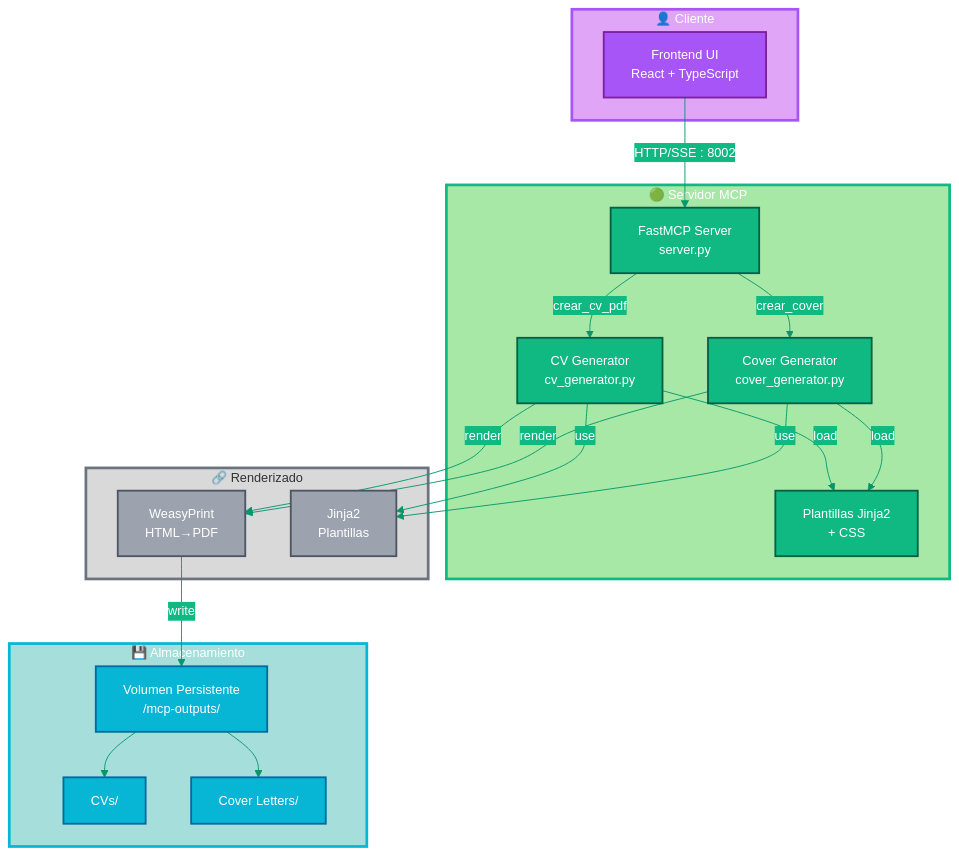
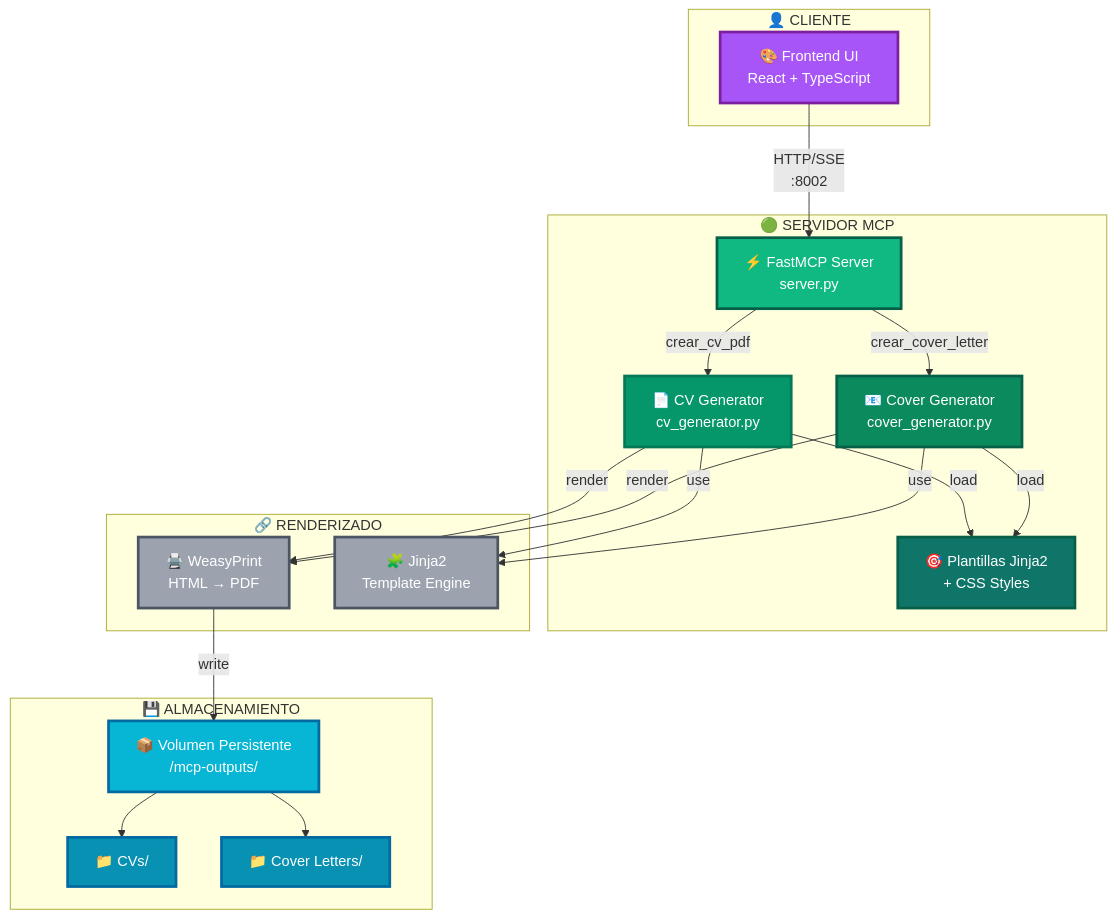
The first of 3 diagrams in docs/ARCHITECTURE.md (cjhirashi/cjhirashi-career), drawn with Mermaid before and after one commit. The commit also changed 2 other files, not shown here.

First paragraph of the commit message:
fix: Rebuild Mermaid diagrams with solid color gradients for better visibility
Replace problematic gradient syntax with solid colors that create visual depth
progression from light to dark, making data flow and architecture clearly visible.

````diff
--- a/docs/ARCHITECTURE.md
+++ b/docs/ARCHITECTURE.md
@@ -7,71 +7,55 @@
 ```mermaid
-%%{init: {
-  'theme': 'base',
-  'themeVariables': {
-    'primaryColor': '#A855F7',
-    'primaryTextColor': '#ffffff',
-    'primaryBorderColor': '#9333EA',
-    'secondaryColor': '#10B981',
-    'secondaryBorderColor': '#059669',
-    'tertiaryColor': '#06B6D4',
-    'tertiaryBorderColor': '#0891B2',
-    'lineColor': '#059669',
-    'fontSize': '14px',
-    'fontFamily': 'Inter, sans-serif'
-  }
-}}%%
-
 graph TB
-  subgraph client["👤 Cliente"]
-    UI["Frontend UI<br/>React + TypeScript"]
+  subgraph client["👤 CLIENTE"]
+    UI["🎨 Frontend UI<br/>React + TypeScript"]
   end
 
-  subgraph server["🟢 Servidor MCP"]
-    FASTMCP["FastMCP Server<br/>server.py"]
-    CV_GEN["CV Generator<br/>cv_generator.py"]
-    COVER_GEN["Cover Generator<br/>cover_generator.py"]
-    TEMPLATES["Plantillas Jinja2<br/>+ CSS"]
+  subgraph server["🟢 SERVIDOR MCP"]
+    FASTMCP["⚡ FastMCP Server<br/>server.py"]
+    CV_GEN["📄 CV Generator<br/>cv_generator.py"]
+    COVER_GEN["📧 Cover Generator<br/>cover_generator.py"]
+    TEMPLATES["🎯 Plantillas Jinja2<br/>+ CSS Styles"]
   end
 
-  subgraph storage["💾 Almacenamiento"]
-    PDF_OUTPUT["Volumen Persistente<br/>/mcp-outputs/"]
-    CV_DIR["CVs/"]
-    COVER_DIR["Cover Letters/"]
+  subgraph storage["💾 ALMACENAMIENTO"]
+    PDF_OUTPUT["📦 Volumen Persistente<br/>/mcp-outputs/"]
+    CV_DIR["📁 CVs/"]
+    COVER_DIR["📁 Cover Letters/"]
   end
 
-  subgraph external["🔗 Renderizado"]
-    WEASYPRINT["WeasyPrint<br/>HTML→PDF"]
-    JINJA["Jinja2<br/>Plantillas"]
+  subgraph external["🔗 RENDERIZADO"]
+    WEASYPRINT["🖨️ WeasyPrint<br/>HTML → PDF"]
+    JINJA["🧩 Jinja2<br/>Template Engine"]
   end
 
-  UI -->|"HTTP/SSE : 8002"| FASTMCP
-  FASTMCP -->|"crear_cv_pdf"| CV_GEN
-  FASTMCP -->|"crear_cover"| COVER_GEN
-  CV_GEN -->|"load"| TEMPLATES
-  COVER_GEN -->|"load"| TEMPLATES
-  CV_GEN -->|"render"| WEASYPRINT
-  COVER_GEN -->|"render"| WEASYPRINT
-  WEASYPRINT -->|"write"| PDF_OUTPUT
+  UI -->|HTTP/SSE<br/>:8002| FASTMCP
+  FASTMCP -->|crear_cv_pdf| CV_GEN
+  FASTMCP -->|crear_cover_letter| COVER_GEN
+  CV_GEN -->|load| TEMPLATES
+  COVER_GEN -->|load| TEMPLATES
+  CV_GEN -->|render| WEASYPRINT
+  COVER_GEN -->|render| WEASYPRINT
+  WEASYPRINT -->|write| PDF_OUTPUT
   PDF_OUTPUT --> CV_DIR
   PDF_OUTPUT --> COVER_DIR
-  CV_GEN -->|"use"| JINJA
-  COVER_GEN -->|"use"| JINJA
+  CV_GEN -->|use| JINJA
+  COVER_GEN -->|use| JINJA
 
-  classDef clientBg fill:#E0A5F7,stroke:#A855F7,stroke-width:3px,color:#fff
-  classDef clientNode fill:#A855F7,stroke:#7C1FA1,stroke-width:2px,color:#fff
-  classDef serverBg fill:#A7E8A7,stroke:#10B981,stroke-width:3px,color:#fff
-  classDef serverNode fill:#10B981,stroke:#065F46,stroke-width:2px,color:#fff
-  classDef storageBg fill:#A5DEDA,stroke:#06B6D4,stroke-width:3px,color:#fff
-  classDef storageNode fill:#06B6D4,stroke:#0369A1,stroke-width:2px,color:#fff
-  classDef externalBg fill:#D9D9D9,stroke:#6B7280,stroke-width:3px,color:#333
-  classDef externalNode fill:#9CA3AF,stroke:#4B5563,stroke-width:2px,color:#fff
+  %% Estilos - Morado (Cliente)
+  style UI fill:#A855F7,stroke:#7C1FA1,stroke-width:3px,color:#fff
 
-  class client clientBg
-  class UI clientNode
-  class server serverBg
-  class FASTMCP,CV_GEN,COVER_GEN,TEMPLATES serverNode
-  class storage storageBg
-  class PDF_OUTPUT,CV_DIR,COVER_DIR storageNode
-  class external externalBg
-  class WEASYPRINT,JINJA externalNode
+  %% Estilos - Verde (Servidor - gradiente oscuro)
+  style FASTMCP fill:#10B981,stroke:#065F46,stroke-width:3px,color:#fff
+  style CV_GEN fill:#059669,stroke:#047857,stroke-width:3px,color:#fff
+  style COVER_GEN fill:#0B8A5E,stroke:#065F46,stroke-width:3px,color:#fff
+  style TEMPLATES fill:#107569,stroke:#065F46,stroke-width:3px,color:#fff
+
+  %% Estilos - Cyan (Almacenamiento)
+  style PDF_OUTPUT fill:#06B6D4,stroke:#0369A1,stroke-width:3px,color:#fff
+  style CV_DIR fill:#0891B2,stroke:#0369A1,stroke-width:3px,color:#fff
+  style COVER_DIR fill:#0891B2,stroke:#0369A1,stroke-width:3px,color:#fff
+
+  %% Estilos - Gris (Dependencias)
+  style WEASYPRINT fill:#9CA3AF,stroke:#4B5563,stroke-width:3px,color:#fff
+  style JINJA fill:#9CA3AF,stroke:#4B5563,stroke-width:3px,color:#fff
 ```
````
